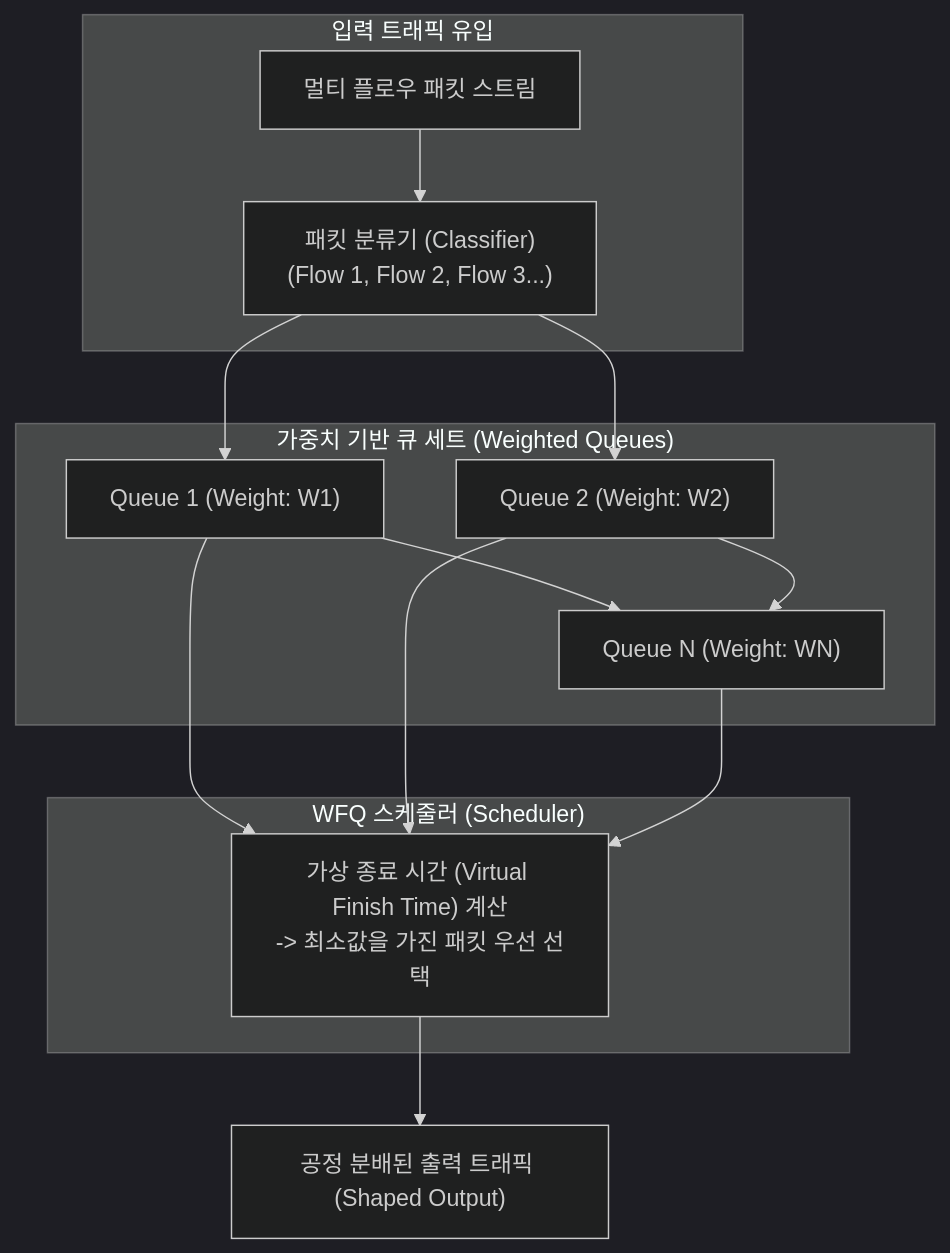
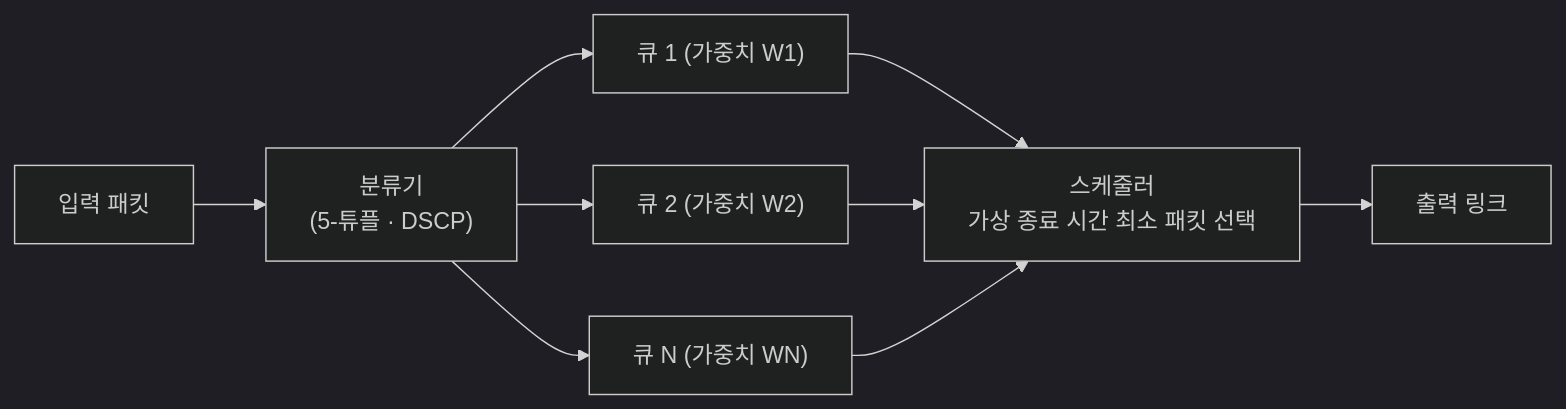
One commit to supremethumb/supremethumb.github.io changed the diagram in content/01_IT Tech/WFQ.md. Above: the diagram before and after it, drawn with Mermaid (dark theme). The commit also changed other lines of this file and 1087 other files, not shown here.

````diff
--- a/content/01_IT Tech/WFQ.md
+++ b/content/01_IT Tech/WFQ.md
@@ -23,19 +36,9 @@
 ```mermaid
-flowchart TB
-    subgraph Input["입력 트래픽 유입"]
-        IN["멀티 플로우 패킷 스트림"] --> CL["패킷 분류기 (Classifier)<br/>(Flow 1, Flow 2, Flow 3...)"]
-    end
-
-    subgraph Queues["가중치 기반 큐 세트 (Weighted Queues)"]
-        CL --> Q1["Queue 1 (Weight: W1)"]
-        CL --> Q2["Queue 2 (Weight: W2)"]
-        Q1 & Q2 --> Q3["Queue N (Weight: WN)"]
-    end
-
-    subgraph Scheduler["WFQ 스케줄러 (Scheduler)"]
-        SCH["가상 종료 시간 (Virtual Finish Time) 계산<br/>-> 최소값을 가진 패킷 우선 선택"]
-    end
-
-    Q1 & Q2 & Q3 --> SCH --> OUT["공정 분배된 출력 트래픽 (Shaped Output)"]
-
+flowchart LR
+    IN["입력 패킷"] --> CL["분류기<br/>(5-튜플 · DSCP)"]
+    CL --> Q1["큐 1 (가중치 W1)"]
+    CL --> Q2["큐 2 (가중치 W2)"]
+    CL --> QN["큐 N (가중치 WN)"]
+    Q1 & Q2 & QN --> SCH["스케줄러<br/>가상 종료 시간 최소 패킷 선택"]
+    SCH --> OUT["출력 링크"]
 ```
````
